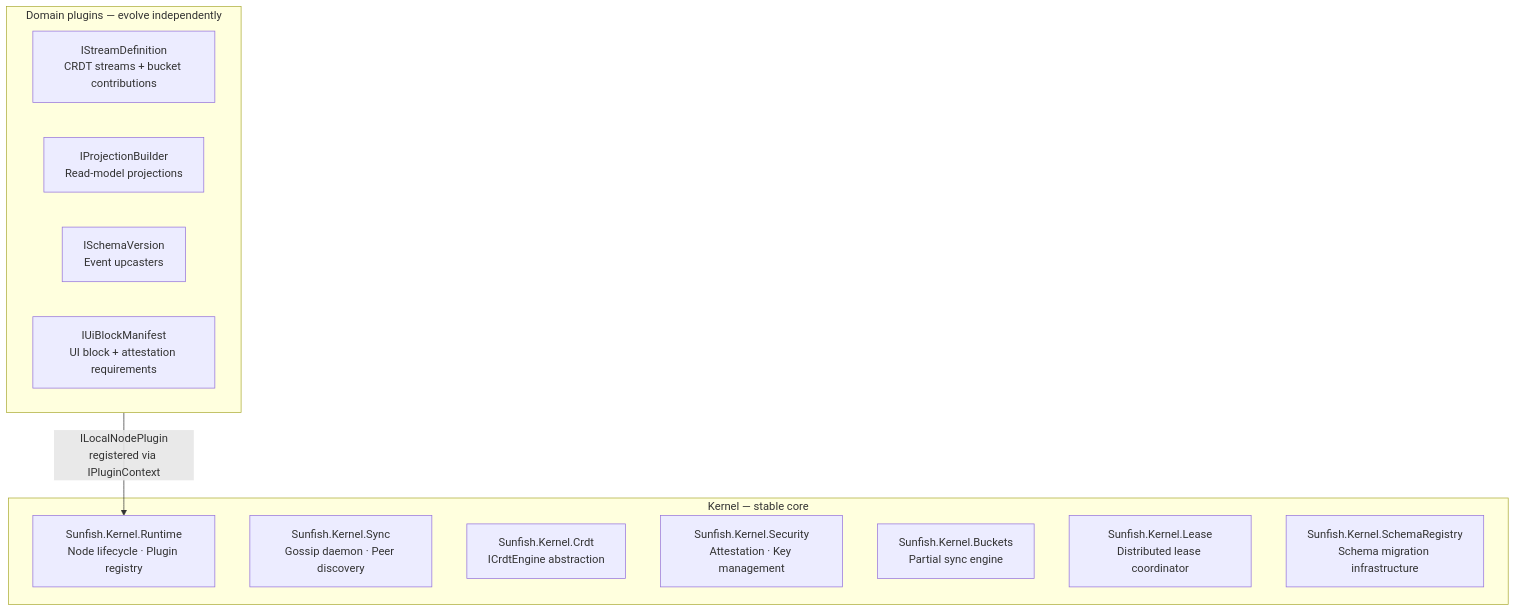
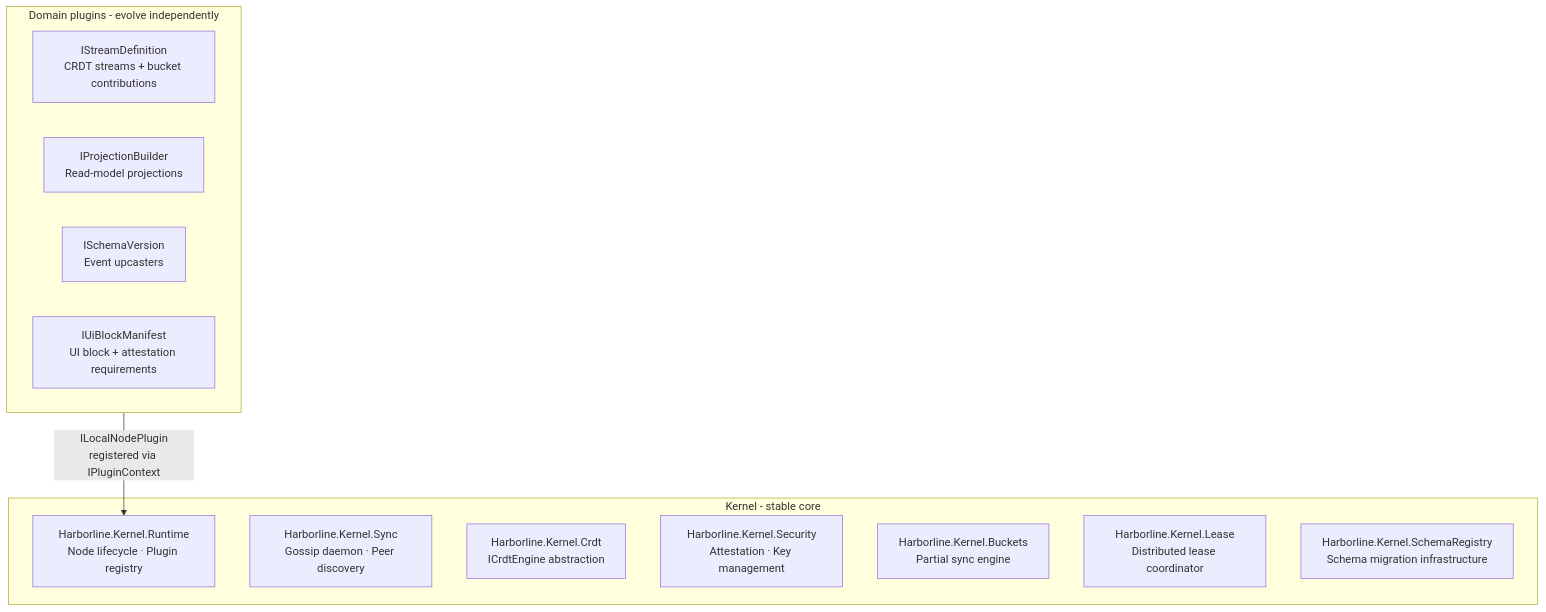
The first of 2 diagrams in vol-1/part-3-reference-architecture/ch11-node-architecture.md (Harborline-Software/the-inverted-stack), drawn with Mermaid before and after one commit. The commit also changed other lines of this file and 376 other files, not shown here.

````diff
--- a/vol-1/part-3-reference-architecture/ch11-node-architecture.md
+++ b/vol-1/part-3-reference-architecture/ch11-node-architecture.md
@@ -23,19 +23,19 @@
 ```mermaid
 flowchart TB
-    subgraph kernel ["Kernel — stable core"]
-        runtime["Sunfish.Kernel.Runtime<br/>Node lifecycle · Plugin registry"]
-        sync_pkg["Sunfish.Kernel.Sync<br/>Gossip daemon · Peer discovery"]
-        crdt_pkg["Sunfish.Kernel.Crdt<br/>ICrdtEngine abstraction"]
-        security_pkg["Sunfish.Kernel.Security<br/>Attestation · Key management"]
-        buckets_pkg["Sunfish.Kernel.Buckets<br/>Partial sync engine"]
-        lease_pkg["Sunfish.Kernel.Lease<br/>Distributed lease coordinator"]
-        schema_pkg["Sunfish.Kernel.SchemaRegistry<br/>Schema migration infrastructure"]
+    subgraph kernel ["Kernel - stable core"]
+        runtime["Harborline.Kernel.Runtime<br/>Node lifecycle · Plugin registry"]
+        sync_pkg["Harborline.Kernel.Sync<br/>Gossip daemon · Peer discovery"]
+        crdt_pkg["Harborline.Kernel.Crdt<br/>ICrdtEngine abstraction"]
+        security_pkg["Harborline.Kernel.Security<br/>Attestation · Key management"]
+        buckets_pkg["Harborline.Kernel.Buckets<br/>Partial sync engine"]
+        lease_pkg["Harborline.Kernel.Lease<br/>Distributed lease coordinator"]
+        schema_pkg["Harborline.Kernel.SchemaRegistry<br/>Schema migration infrastructure"]
     end
-    subgraph plugins ["Domain plugins — evolve independently"]
+    subgraph plugins ["Domain plugins - evolve independently"]
         sd["IStreamDefinition<br/>CRDT streams + bucket contributions"]
         pb["IProjectionBuilder<br/>Read-model projections"]
         sv["ISchemaVersion<br/>Event upcasters"]
         ui["IUiBlockManifest<br/>UI block + attestation requirements"]
     end
     plugins -->|"ILocalNodePlugin<br/>registered via IPluginContext"| runtime
 ```
````
